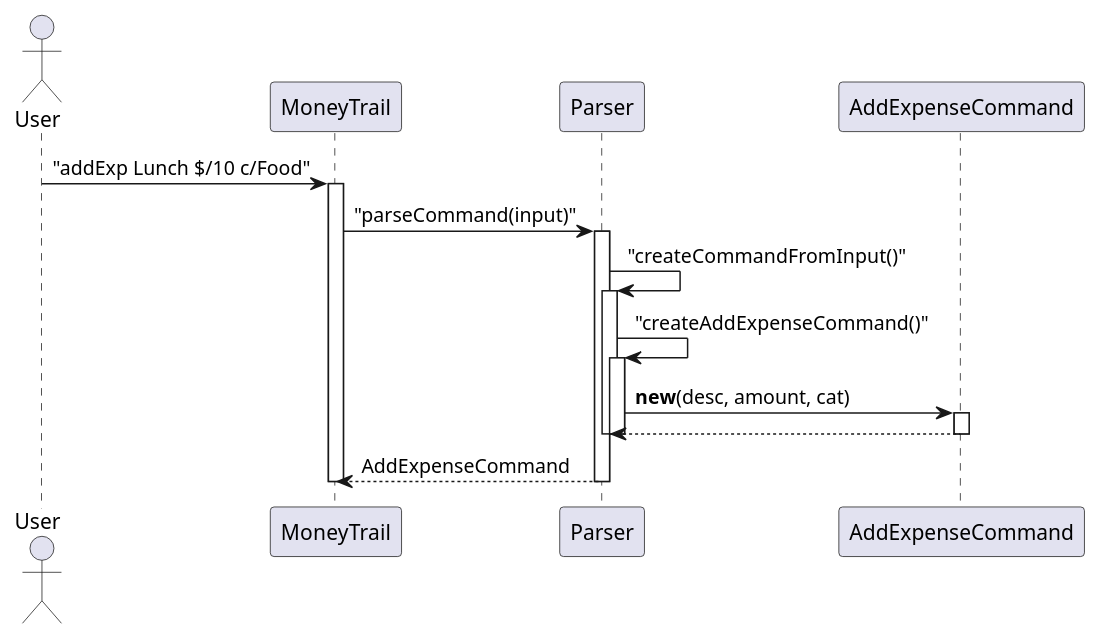
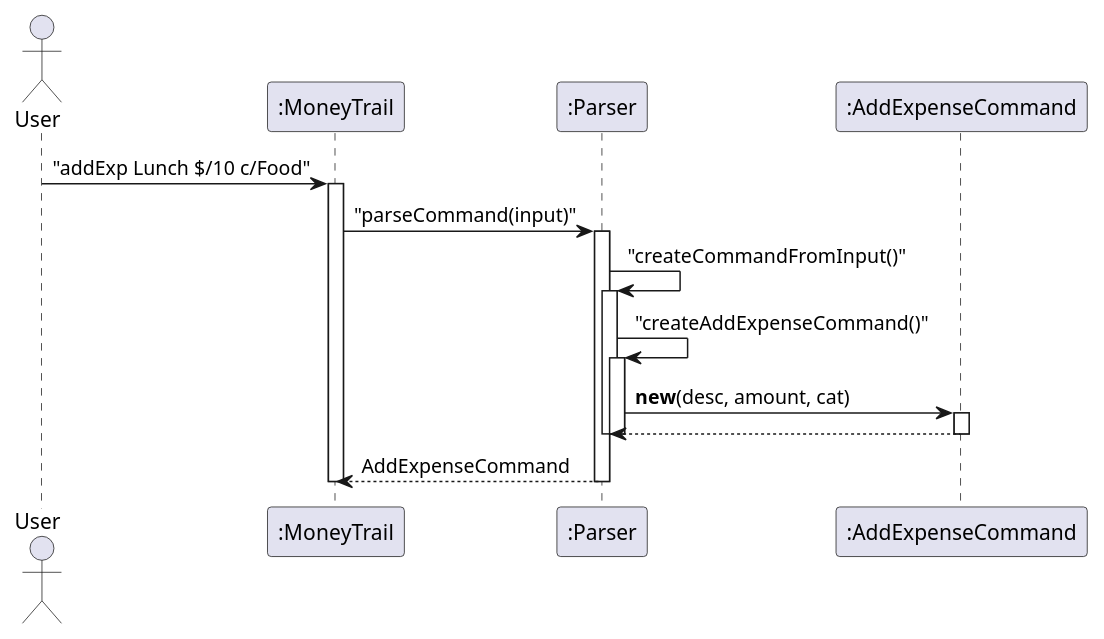
One commit to EdwinTun98/tp changed the diagram in docs/diagrams/Parser_Seq.puml. Above: the diagram before and after it, drawn with PlantUML. The commit also changed 30 other files, not shown here.

Commit message:
Added colons in front of entites in all sequence diagrams

```diff
--- a/docs/diagrams/Parser_Seq.puml
+++ b/docs/diagrams/Parser_Seq.puml
@@ -1,27 +1,27 @@
 @startuml Parser_Sequence_Activation
 actor User
-participant MoneyTrail
-participant Parser
-participant AddExpenseCommand
+participant MoneyTrail as ":MoneyTrail"
+participant Parser as ":Parser"
+participant AddExpenseCommand as ":AddExpenseCommand"
 
 User -> MoneyTrail : "addExp Lunch $/10 c/Food"
 activate MoneyTrail
 MoneyTrail -> Parser : "parseCommand(input)"
 activate Parser
 
 Parser -> Parser : "createCommandFromInput()"
 activate Parser
 Parser -> Parser : "createAddExpenseCommand()"
 activate Parser
 
 Parser -> AddExpenseCommand : **new**(desc, amount, cat)
 activate AddExpenseCommand
 AddExpenseCommand --> Parser
 deactivate AddExpenseCommand
 
 deactivate Parser
 deactivate Parser #FFAAAA
 Parser --> MoneyTrail : AddExpenseCommand
 deactivate Parser
 deactivate MoneyTrail
 @enduml
```
